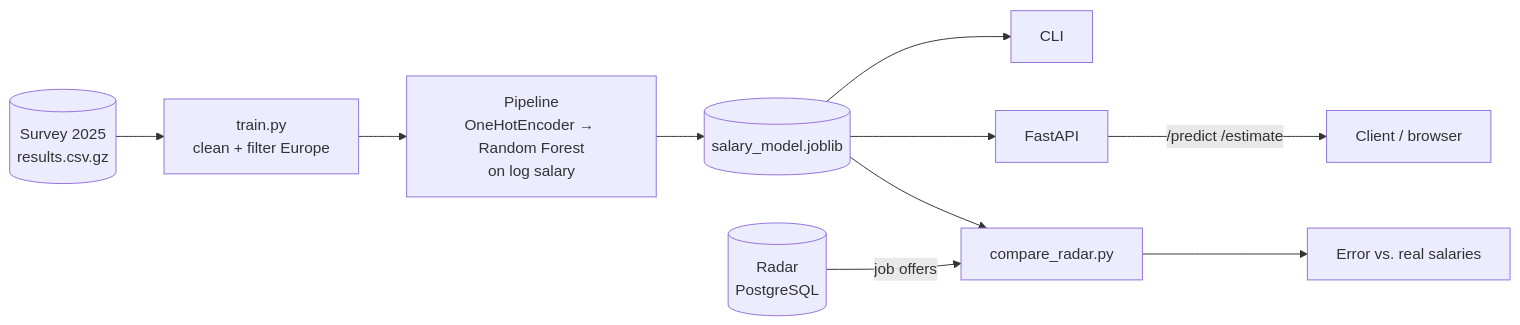
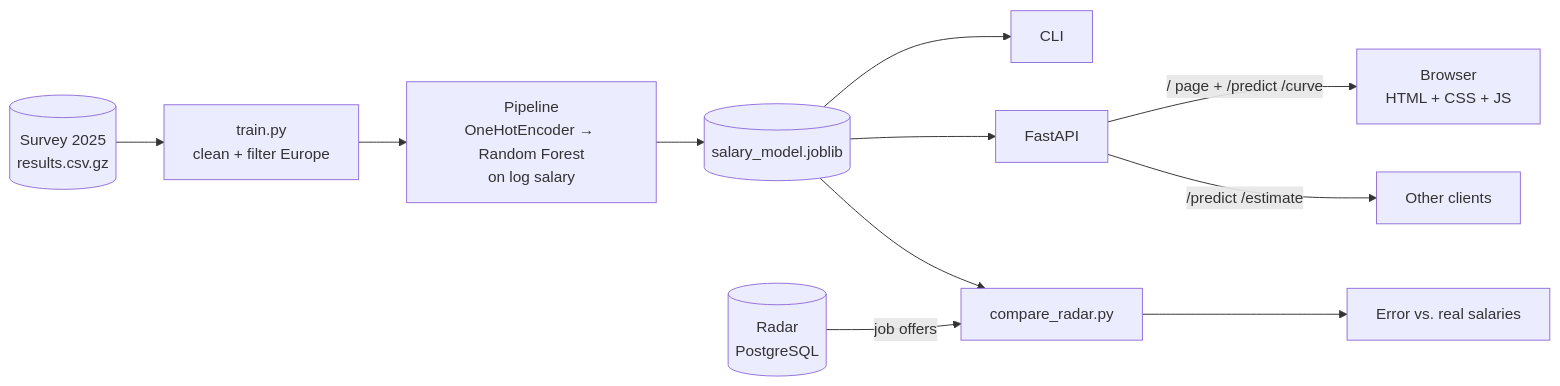
Before and after one commit to PedroPinho17/salary-predictor: the diagram in README.md, drawn with Mermaid. The commit also changed other lines of this file and 11 other files, not shown here.

````diff
--- a/README.md
+++ b/README.md
@@ -76,12 +80,13 @@
 ```mermaid
 flowchart LR
     S[(Survey 2025<br/>results.csv.gz)] --> T[train.py<br/>clean + filter Europe]
     T --> P[Pipeline<br/>OneHotEncoder → Random Forest<br/>on log salary]
     P --> M[(salary_model.joblib)]
     M --> C[CLI]
     M --> A[FastAPI]
-    A -- /predict /estimate --> U[Client / browser]
+    A -- / page + /predict /curve --> U[Browser<br/>HTML + CSS + JS]
+    A -- /predict /estimate --> X[Other clients]
     R[(Radar<br/>PostgreSQL)] -- job offers --> CR[compare_radar.py]
     M --> CR
     CR --> E[Error vs. real salaries]
 ```
````
